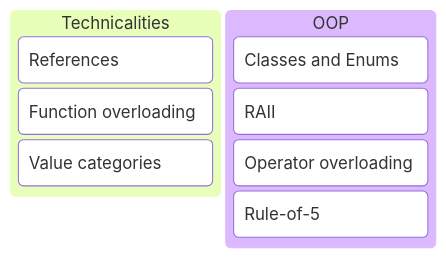
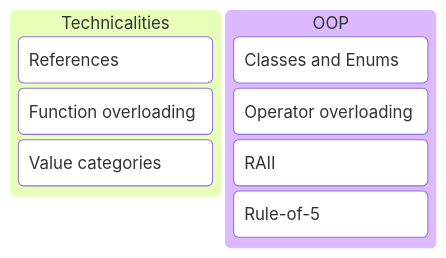
Before and after one commit to GlennVL-AP/cpp-programming-slides: the first of 2 diagrams in slides/session_4/index.md, drawn with Mermaid. The commit also changed other lines of this file, not shown here.

Commit message:
add section about classes, enums and operator overloading

````diff
--- a/slides/session_4/index.md
+++ b/slides/session_4/index.md
@@ -4,12 +4,12 @@
 ```mermaid
 kanban
   column1[Technicalities]
     task1[References]
     task2[Function overloading]
     task3[Value categories]
   column2[OOP]
     task4[Classes and Enums]
-    task5[RAII]
-    task6[Operator overloading]
+    task5[Operator overloading]
+    task6[RAII]
     task7[Rule-of-5]
 ```
````
